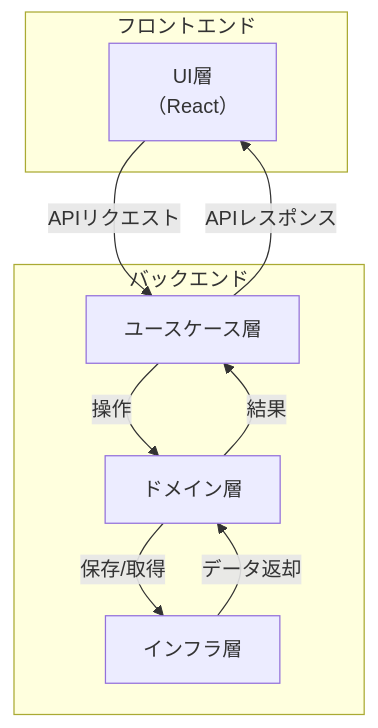
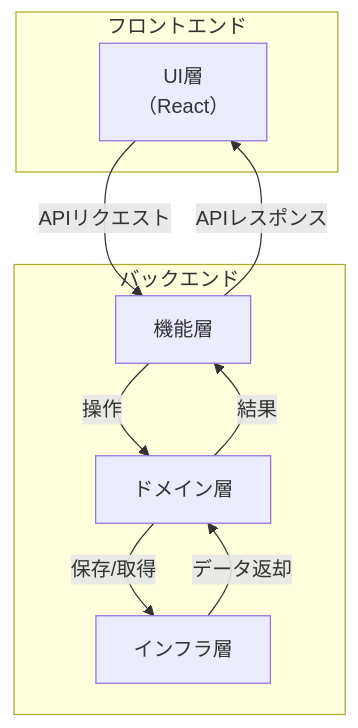
Before and after one commit to paterapatera/dflow: the fourth of 4 diagrams in docs/2.システム要件/アーキテクチャ定義.md, drawn with Mermaid. The commit also changed 8 other files, not shown here.

````diff
--- a/docs/2.システム要件/アーキテクチャ定義.md
+++ b/docs/2.システム要件/アーキテクチャ定義.md
@@ -93,18 +93,18 @@
 ```mermaid
 flowchart TB
    subgraph front["フロントエンド"]
       UI[UI層<br>（React）]
    end
    subgraph back["バックエンド"]
-      UC[ユースケース層]
+      FT[機能層]
       DM[ドメイン層]
       IF[インフラ層]
    end
 
-	UI-->|APIリクエスト|UC
-	UC-->|操作|DM
+	UI-->|APIリクエスト|FT
+	FT-->|操作|DM
 	DM-->|保存/取得|IF
 	IF-->|データ返却|DM
-	DM-->|結果|UC
-	UC-->|APIレスポンス|UI
+	DM-->|結果|FT
+	FT-->|APIレスポンス|UI
 ```
````
